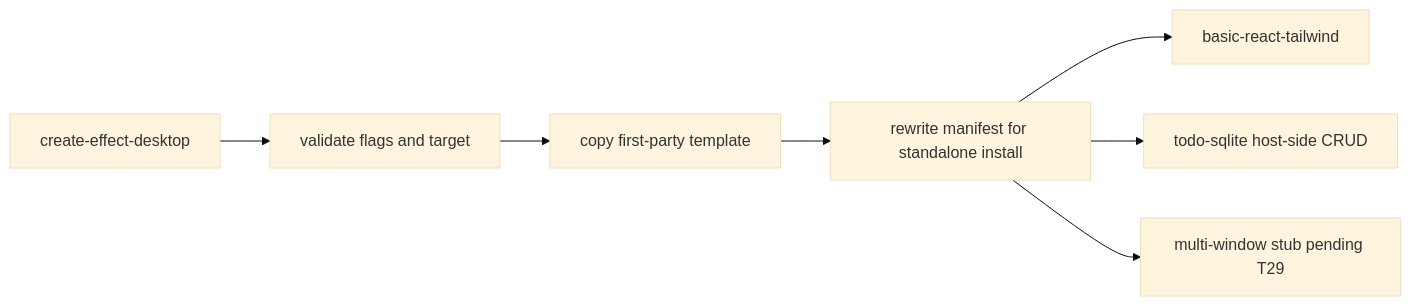
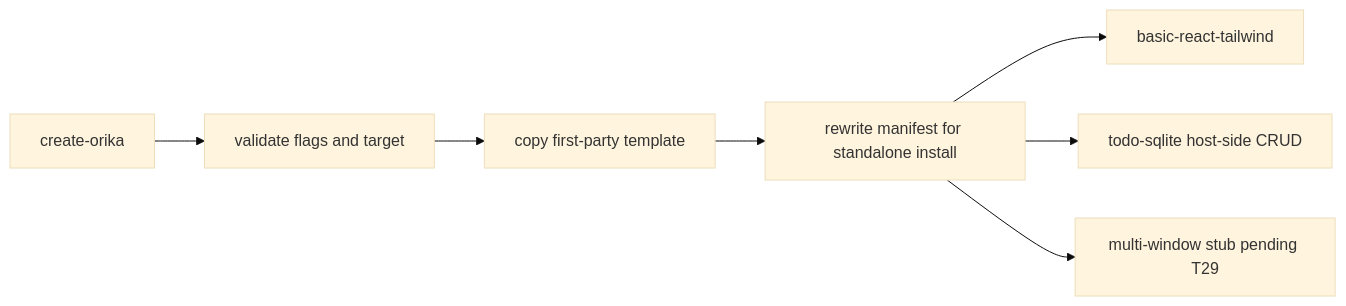
Before and after one commit to Rika-Labs/effect-desktop: the diagram in engineering/learnings/2026-05-09-rewrite-templates-and-scaffold.md, drawn with Mermaid (base theme). The commit also changed other lines of this file and 523 other files, not shown here.

````diff
--- a/engineering/learnings/2026-05-09-rewrite-templates-and-scaffold.md
+++ b/engineering/learnings/2026-05-09-rewrite-templates-and-scaffold.md
@@ -19,9 +19,9 @@
 ```mermaid
 flowchart LR
-  CLI["create-effect-desktop"] --> Validate["validate flags and target"]
+  CLI["create-orika"] --> Validate["validate flags and target"]
   Validate --> Copy["copy first-party template"]
   Copy --> Manifest["rewrite manifest for standalone install"]
   Manifest --> Basic["basic-react-tailwind"]
   Manifest --> Todo["todo-sqlite host-side CRUD"]
   Manifest --> Multi["multi-window stub pending T29"]
 ```
````
